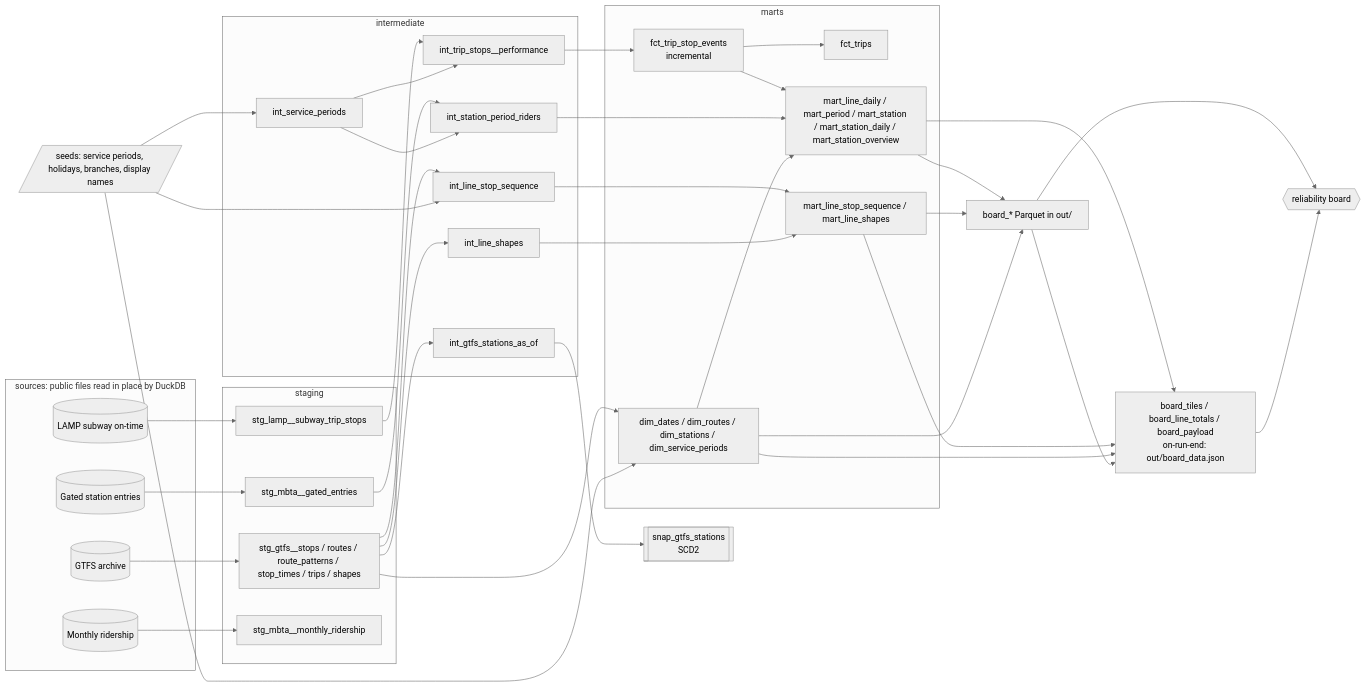
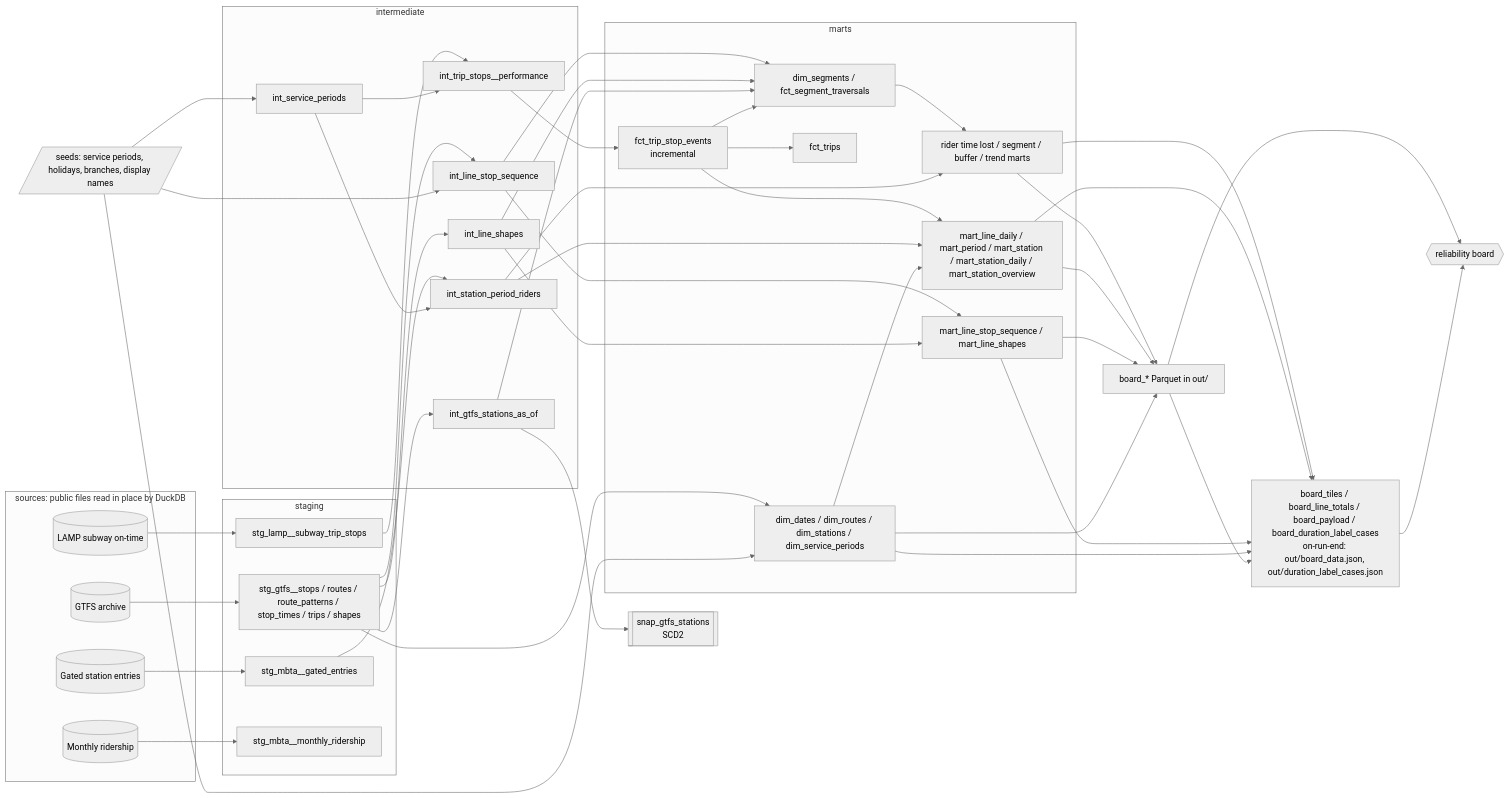
The diagram in README.md (NeelVadlamudi/lantern), drawn with Mermaid (neutral theme) before and after one commit. The commit also changed other lines of this file and 47 other files, not shown here.

First line of the commit message:
Add rider time lost, segment, buffer and trend models

````diff
--- a/README.md
+++ b/README.md
@@ -46,52 +119,58 @@
 ```mermaid
 flowchart LR
   subgraph sources[sources: public files read in place by DuckDB]
     lamp[(LAMP subway on-time)]
     gtfs[(GTFS archive)]
     gse[(Gated station entries)]
     mr[(Monthly ridership)]
   end
   subgraph staging
     stg_lamp[stg_lamp__subway_trip_stops]
     stg_gtfs[stg_gtfs__stops / routes / route_patterns / stop_times / trips / shapes]
     stg_gse[stg_mbta__gated_entries]
     stg_mr[stg_mbta__monthly_ridership]
   end
   subgraph intermediate
     int_perf[int_trip_stops__performance]
     int_sp[int_service_periods]
     int_seq[int_line_stop_sequence]
     int_shp[int_line_shapes]
     int_rid[int_station_period_riders]
     int_st[int_gtfs_stations_as_of]
   end
   subgraph marts
     dims[dim_dates / dim_routes / dim_stations / dim_service_periods]
     fct[fct_trip_stop_events<br/>incremental]
     fct_t[fct_trips]
     agg[mart_line_daily / mart_period / mart_station / mart_station_daily / mart_station_overview]
     geo[mart_line_stop_sequence / mart_line_shapes]
+    seg[dim_segments / fct_segment_traversals]
+    dec[rider time lost / segment / buffer / trend marts]
   end
   snap[[snap_gtfs_stations<br/>SCD2]]
   exports[board_* Parquet in out/]
-  payload[board_tiles / board_line_totals / board_payload<br/>on-run-end: out/board_data.json]
+  payload[board_tiles / board_line_totals / board_payload / board_duration_label_cases<br/>on-run-end: out/board_data.json, out/duration_label_cases.json]
   board{{reliability board}}
   seeds[/seeds: service periods, holidays, branches, display names/]
 
   lamp --> stg_lamp --> int_perf
   gtfs --> stg_gtfs
   stg_gtfs --> int_seq & int_shp & int_st & dims
   gse --> stg_gse --> int_rid
   mr --> stg_mr
   seeds --> int_sp & int_seq & dims
   int_sp --> int_perf & int_rid
   int_perf --> fct --> fct_t
   fct --> agg
   int_rid --> agg
   int_seq --> geo
   int_shp --> geo
   int_st --> snap
   dims --> agg
+  int_seq & int_shp & int_st --> seg
+  fct --> seg --> dec
+  int_rid --> dec
+  dec --> exports & payload
   agg & geo & dims --> exports --> board
   agg & geo & dims & exports --> payload --> board
 ```
````
